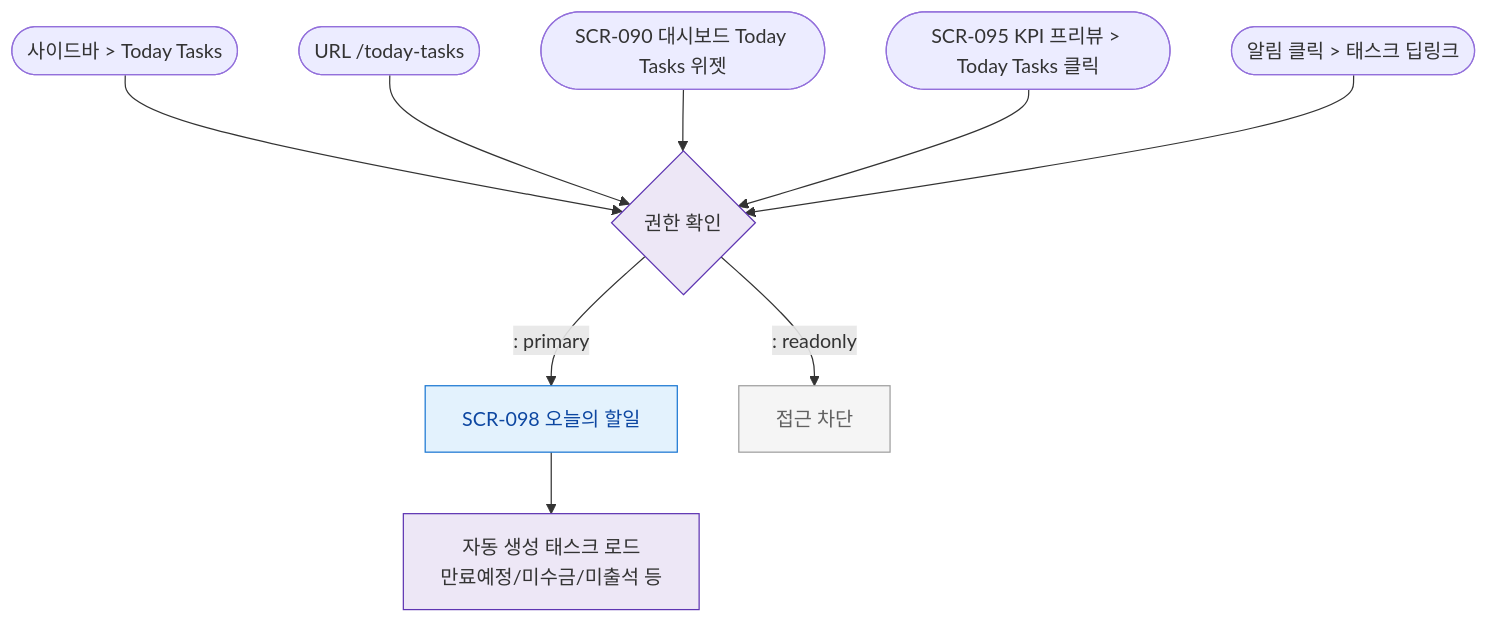
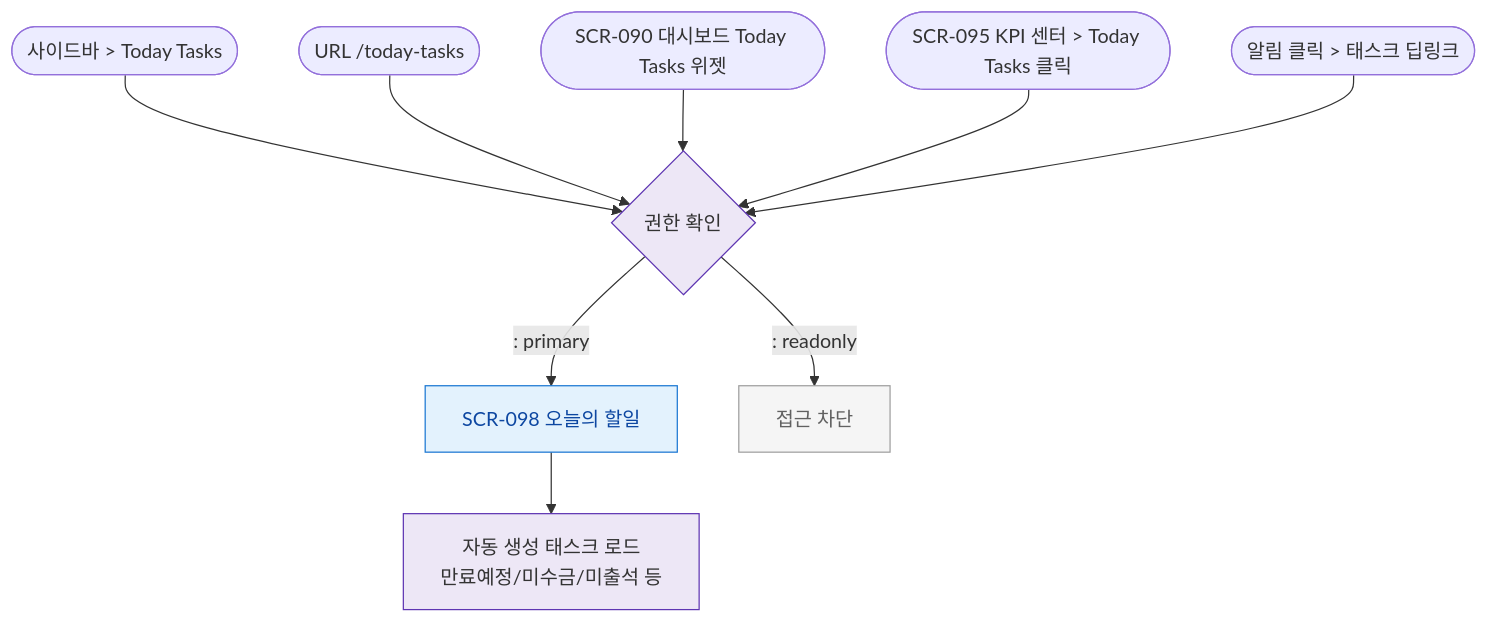
Before and after one commit to dev-spogym/admin-pando: the diagram in docs/admin/다이어그램/D10_본사관리/SCR-098_오늘의할일/F1_진입.md, drawn with Mermaid. The commit also changed 442 other files, not shown here.

````diff
--- a/docs/admin/다이어그램/D10_본사관리/SCR-098_오늘의할일/F1_진입.md
+++ b/docs/admin/다이어그램/D10_본사관리/SCR-098_오늘의할일/F1_진입.md
@@ -12,21 +12,21 @@
 ```mermaid
 flowchart TD
   E1([사이드바 > Today Tasks]) --> AuthCheck{권한 확인}
   E2([URL /today-tasks]) --> AuthCheck
   E3([SCR-090 대시보드 Today Tasks 위젯]) --> AuthCheck
-  E4([SCR-095 KPI 프리뷰 > Today Tasks 클릭]) --> AuthCheck
+  E4([SCR-095 KPI 센터 > Today Tasks 클릭]) --> AuthCheck
   E5([알림 클릭 > 태스크 딥링크]) --> AuthCheck
 
   AuthCheck -->|": primary"|SCR_098[SCR-098 오늘의 할일]
   AuthCheck -->|": readonly"|Blocked[접근 차단]
 
   SCR_098 --> AutoGen[자동 생성 태스크 로드\n만료예정/미수금/미출석 등]
 
   classDef screen fill:#E3F2FD,stroke:#1976D2,color:#0D47A1
   classDef system fill:#EDE7F6,stroke:#5E35B2
   classDef rbacBlocked fill:#F5F5F5,stroke:#9E9E9E,color:#616161
 
   class SCR_098 screen
   class AuthCheck,AutoGen system
   class Blocked rbacBlocked
 ```
````
